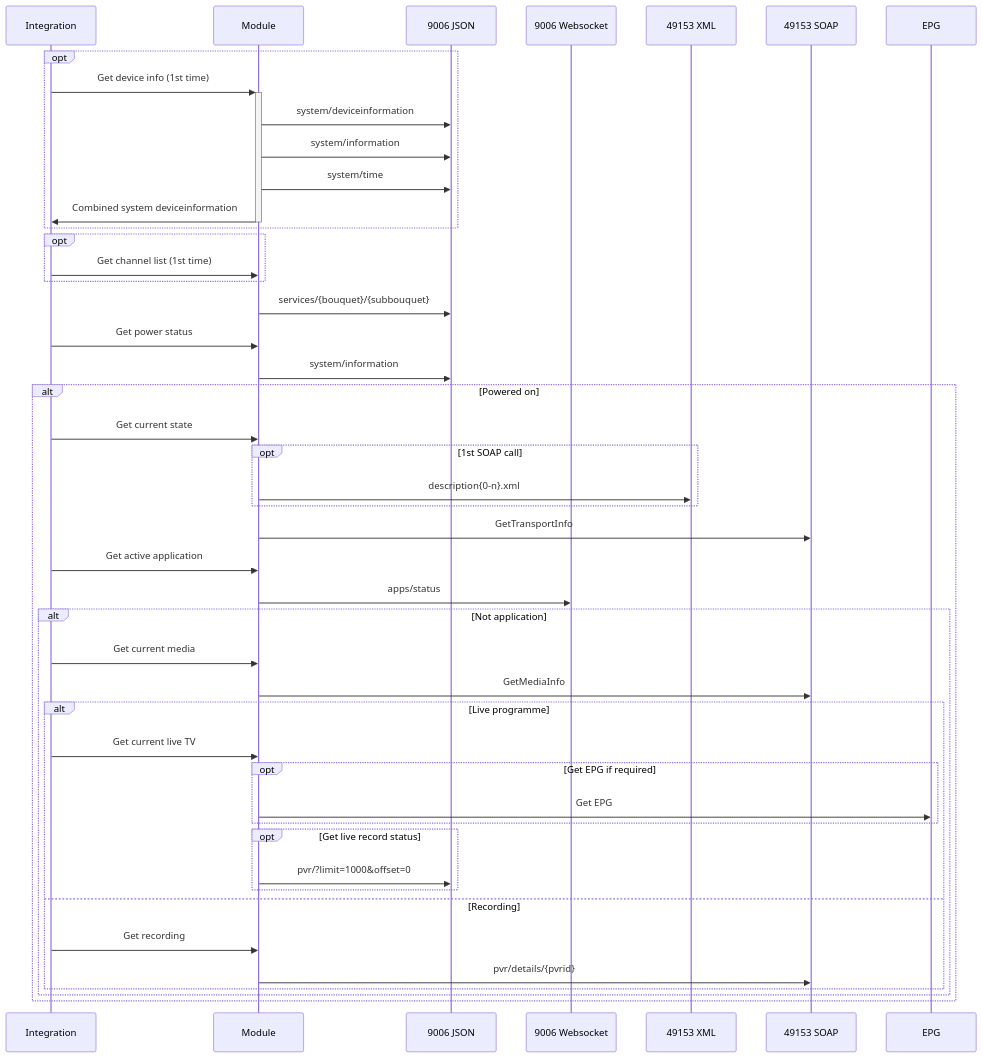
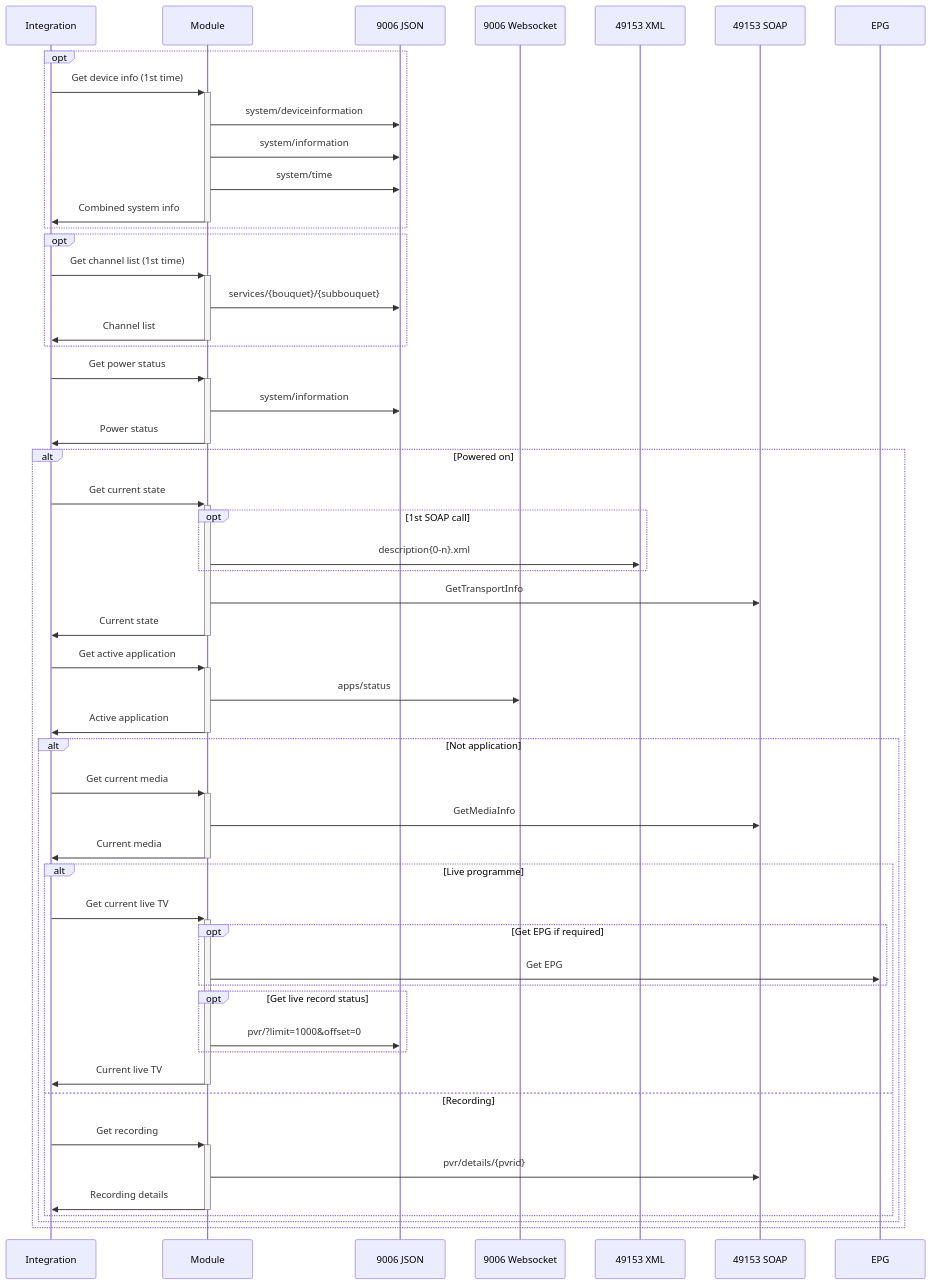
One commit to RogerSelwyn/test-mermaid changed the second of 2 diagrams in flowchart/README.md. Above: the diagram before and after it, drawn with Mermaid. The commit also changed other lines of this file, not shown here.

````diff
--- a/flowchart/README.md
+++ b/flowchart/README.md
@@ -19,49 +19,56 @@
 ```mermaid
 sequenceDiagram
 participant I as Integration
 participant M as Module
 participant J as 9006 JSON
 participant W as 9006 Websocket
 participant X as 49153 XML
 participant S as 49153 SOAP
 participant W as 9006 Websocket
 participant E as EPG
 opt
   I->>+M: Get device info (1st time)
   M->>J: system/deviceinformation
   M->>J: system/information
   M->>J: system/time
-  M->>-I: Combined system deviceinformation
+  M->>-I: Combined system info
 end
 opt
-  I->>M: Get channel list (1st time)
+  I->>+M: Get channel list (1st time)
+  M->>J: services/{bouquet}/{subbouquet}
+  M->>-I: Channel list
 end
-M->>J: services/{bouquet}/{subbouquet}
-I->>M: Get power status
+I->>+M: Get power status
 M->>J: system/information
+M->>-I: Power status
 alt Powered on
-  I->>M: Get current state
+  I->>+M: Get current state
   opt 1st SOAP call
     M->>X: description{0-n}.xml
   end
   M->>S: GetTransportInfo
-  I->>M: Get active application
+  M->>-I: Current state
+  I->>+M: Get active application
   M->>W: apps/status
+  M->>-I: Active application
   alt Not application
-    I->>M: Get current media
+    I->>+M: Get current media
     M->>S: GetMediaInfo
+    M->>-I: Current media
     alt Live programme
-      I->>M: Get current live TV
+      I->>+M: Get current live TV
       opt Get EPG if required
         M->>E: Get EPG
       end
       opt Get live record status
         M->>J: pvr/?limit=1000&offset=0
       end
+      M->>-I: Current live TV
     else Recording
-      I->>M: Get recording
+      I->>+M: Get recording
       M->>S: pvr/details/{pvrid}
+      M->>-I: Recording details
     end
   end
 end
 ```
````
